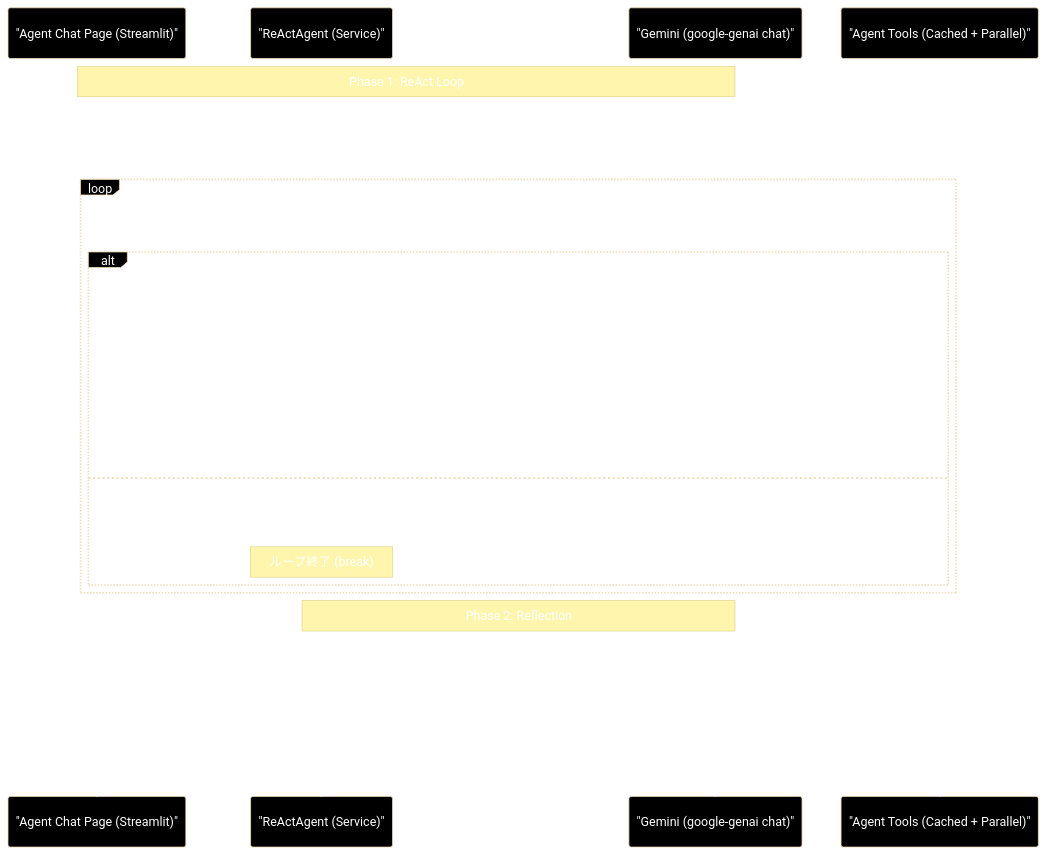
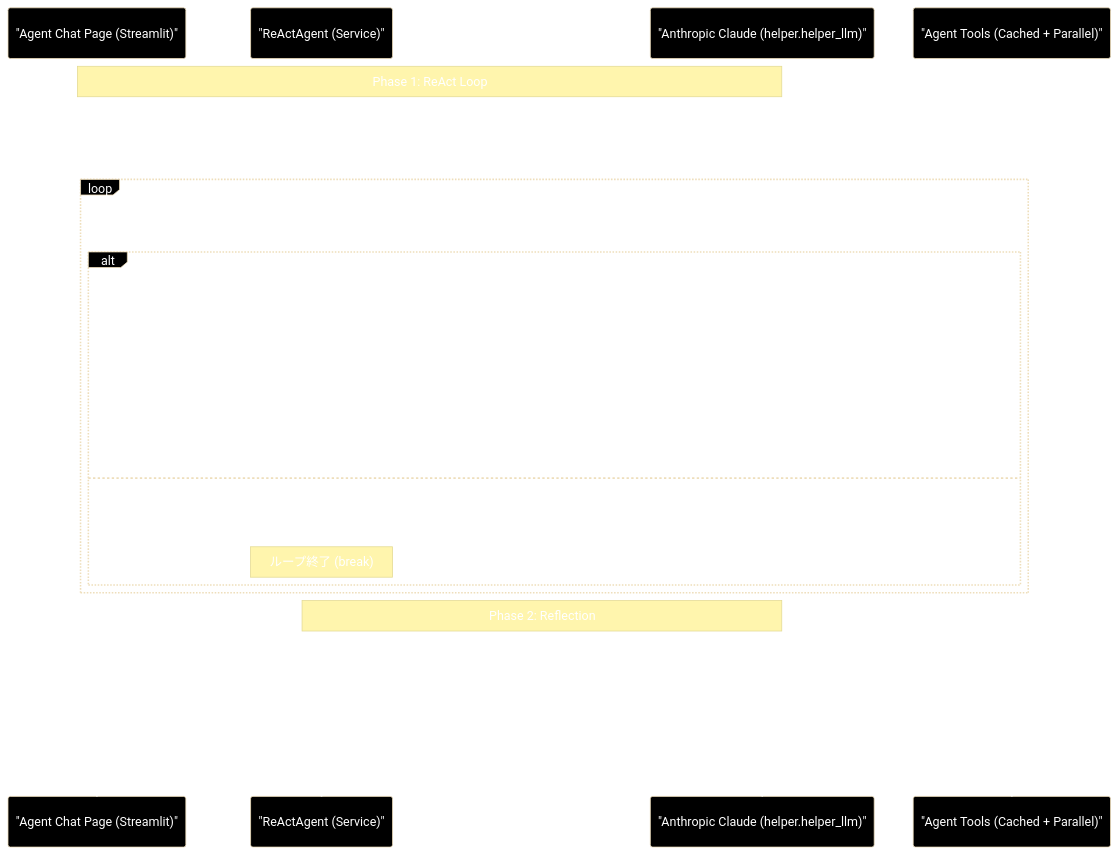
The ninth of 10 diagrams in readme_react_reflection.md (nakashima2toshio/anthropic_grace_agent_v2), drawn with Mermaid before and after one commit. The commit also changed other lines of this file, not shown here.

First line of the commit message:
docs: readme_react_reflection.md を Anthropic ネイティブに全面改修

````diff
--- a/readme_react_reflection.md
+++ b/readme_react_reflection.md
@@ -905,31 +903,31 @@
 ```mermaid
 %%{ init: { "theme": "base", "themeVariables": {"background": "#000000", "mainBkg": "#000000","textColor": "#ffffff", "lineColor": "#ffffff","actorBkg": "#000000", "actorTextColor": "#ffffff","actorLineColor": "#ffffff", "noteBkg": "#1a1a1a","noteTextColor": "#ffffff" } } }%%
 sequenceDiagram
     participant UI as "Agent Chat Page (Streamlit)"
     participant Svc as "ReActAgent (Service)"
-    participant LLM as "Gemini (google-genai chat)"
+    participant LLM as "Anthropic Claude (helper.helper_llm)"
     participant Tool as "Agent Tools (Cached + Parallel)"
 
     Note over UI, LLM: Phase 1: ReAct Loop
     UI->>Svc: execute_turn(ユーザー入力)
-    Svc->>LLM: chat.send_message(augmented_input)
+    Svc->>LLM: generate_with_tools(messages, tools, system)
     loop 解決するまで繰り返し (max_turns)
-        LLM-->>Svc: candidates[].content.parts (text / function_call)
-        alt part.function_call あり
+        LLM-->>Svc: ToolUseResponse (text / tool_calls / stop_reason)
+        alt stop_reason == tool_use
             Svc-->>UI: yield Event(Thought / ToolCall)
             Svc->>Tool: search_rag_knowledge_base_cached(query, session_id)
             Tool-->>Svc: 検索結果 (Observation)
             Svc-->>UI: yield Event(ToolResult)
-            Svc->>LLM: chat.send_message(Part.from_function_response)
-        else function_call なし
+            Svc->>LLM: generate_with_tools(self._messages + tool_result)
+        else stop_reason != tool_use
             LLM-->>Svc: 回答案 (Draft Answer / final_text)
             Note over Svc: ループ終了 (break)
         end
     end
 
     Note over Svc, LLM: Phase 2: Reflection
-    Svc->>LLM: chat.send_message(REFLECTION_INSTRUCTION + ドラフト)
+    Svc->>LLM: generate_with_tools(REFLECTION_INSTRUCTION + ドラフト, tools=[])
     LLM-->>Svc: 自己評価 + Final Answer
     Svc-->>UI: yield Event(Reflection Log)
     Svc-->>UI: yield Event(Final Answer)
 ```
````
